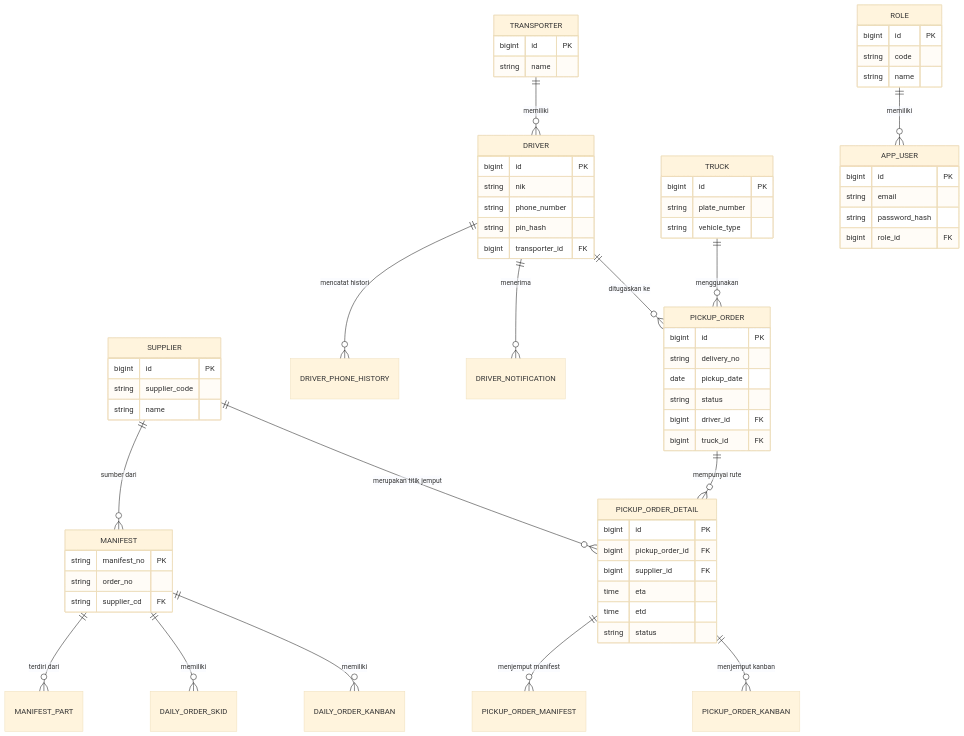
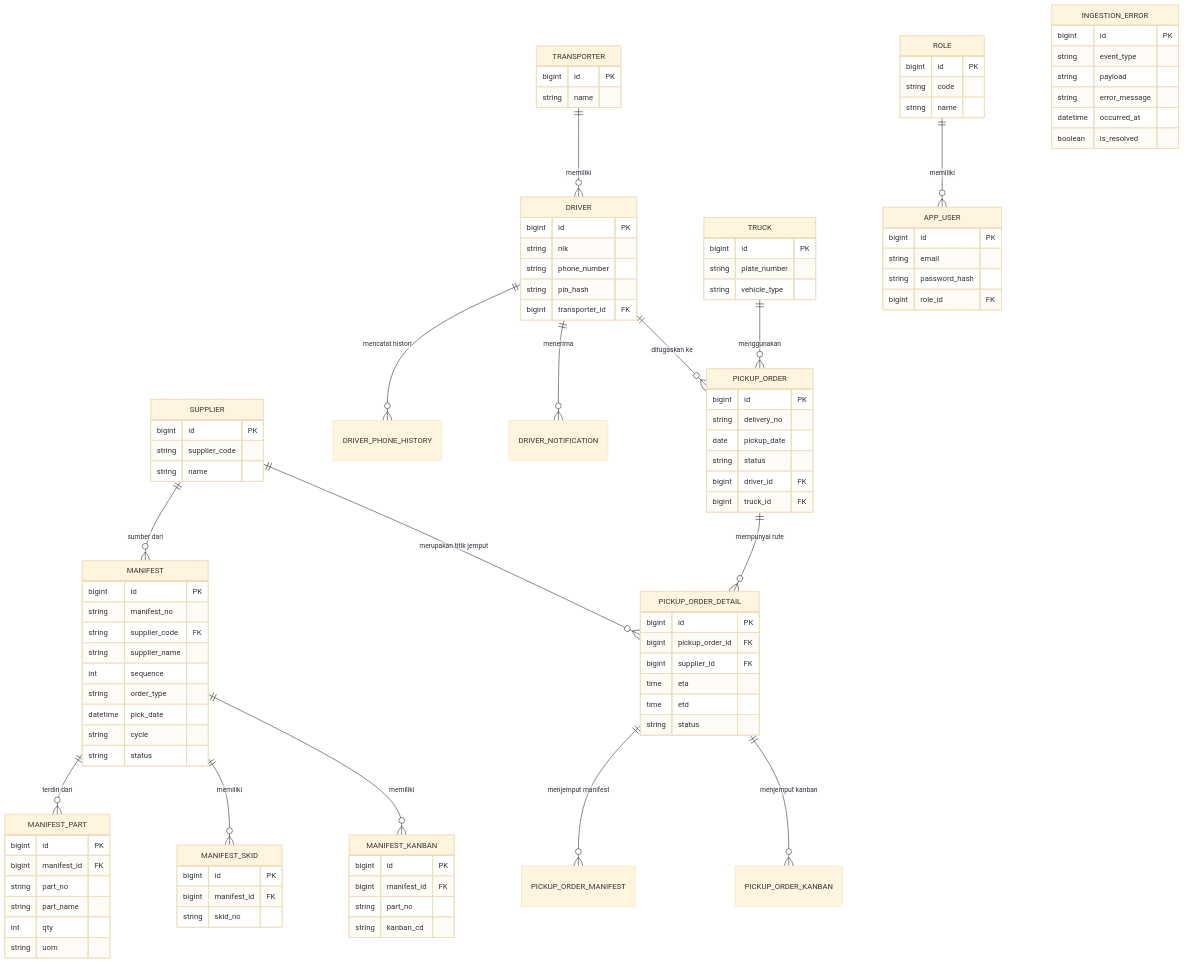
Before and after one commit to odealidj/minione-edcl-net: the diagram in docs/architecture/logical-data-model.md, drawn with Mermaid (base theme). The commit also changed other lines of this file, not shown here.

Commit message:
docs(architecture): Sync logical data model with actual DB schema and Debezium CDC ingestion

```diff
--- a/docs/architecture/logical-data-model.md
+++ b/docs/architecture/logical-data-model.md
@@ -61,13 +61,50 @@
     %% =======================
     SUPPLIER ||--o{ MANIFEST : "sumber dari"
     MANIFEST ||--o{ MANIFEST_PART : "terdiri dari"
-    MANIFEST ||--o{ DAILY_ORDER_SKID : "memiliki"
-    MANIFEST ||--o{ DAILY_ORDER_KANBAN : "memiliki"
+    MANIFEST ||--o{ MANIFEST_SKID : "memiliki"
+    MANIFEST ||--o{ MANIFEST_KANBAN : "memiliki"
     
     MANIFEST {
-        string manifest_no PK
-        string order_no
-        string supplier_cd FK
+        bigint id PK
+        string manifest_no
+        string supplier_code FK
+        string supplier_name
+        int sequence
+        string order_type
+        datetime pick_date
+        string cycle
+        string status
+    }
+
+    MANIFEST_PART {
+        bigint id PK
+        bigint manifest_id FK
+        string part_no
+        string part_name
+        int qty
+        string uom
+    }
+
+    MANIFEST_SKID {
+        bigint id PK
+        bigint manifest_id FK
+        string skid_no
+    }
+
+    MANIFEST_KANBAN {
+        bigint id PK
+        bigint manifest_id FK
+        string part_no
+        string kanban_cd
+    }
+
+    INGESTION_ERROR {
+        bigint id PK
+        string event_type
+        string payload
+        string error_message
+        datetime occurred_at
+        boolean is_resolved
     }
 
     %% =======================
```
